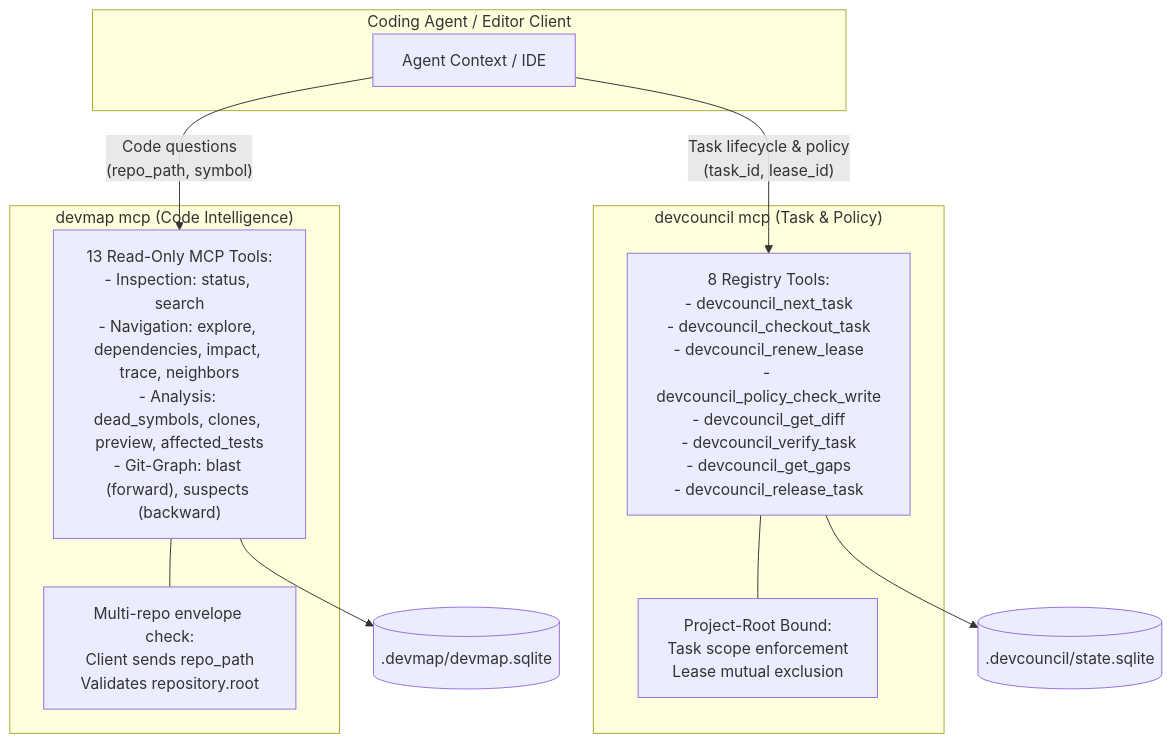
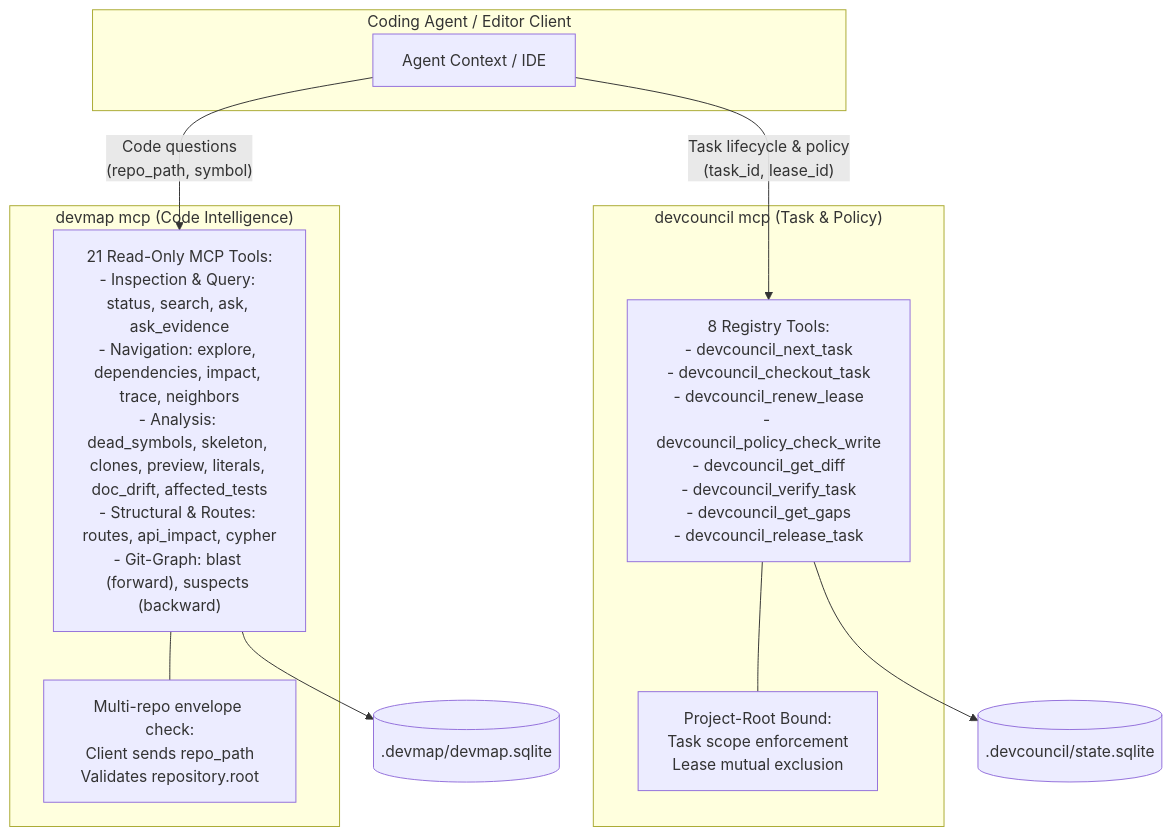
The second of 4 diagrams in docs/architecture.md (bharathvbcr/DevCouncil), drawn with Mermaid before and after one commit. The commit also changed other lines of this file and 9 other files, not shown here.

First line of the commit message:
docs: refresh README, architecture, security and release notes for schema 98

````diff
--- a/docs/architecture.md
+++ b/docs/architecture.md
@@ -88,24 +88,24 @@
 ```mermaid
 flowchart TD
     subgraph ClientLayer["Coding Agent / Editor Client"]
         Agent["Agent Context / IDE"]
     end
 
     subgraph DevMapMCP["devmap mcp (Code Intelligence)"]
-        DM_Tools["13 Read-Only MCP Tools:<br/>- Inspection: status, search<br/>- Navigation: explore, dependencies, impact, trace, neighbors<br/>- Analysis: dead_symbols, clones, preview, affected_tests<br/>- Git-Graph: blast (forward), suspects (backward)"]
+        DM_Tools["21 Read-Only MCP Tools:<br/>- Inspection & Query: status, search, ask, ask_evidence<br/>- Navigation: explore, dependencies, impact, trace, neighbors<br/>- Analysis: dead_symbols, skeleton, clones, preview, literals, doc_drift, affected_tests<br/>- Structural & Routes: routes, api_impact, cypher<br/>- Git-Graph: blast (forward), suspects (backward)"]
         DM_Envelope["Multi-repo envelope check:<br/>Client sends repo_path<br/>Validates repository.root"]
     end
 
     subgraph DevCouncilMCP["devcouncil mcp (Task & Policy)"]
         DC_Tools["8 Registry Tools:<br/>- devcouncil_next_task<br/>- devcouncil_checkout_task<br/>- devcouncil_renew_lease<br/>- devcouncil_policy_check_write<br/>- devcouncil_get_diff<br/>- devcouncil_verify_task<br/>- devcouncil_get_gaps<br/>- devcouncil_release_task"]
         DC_Scope["Project-Root Bound:<br/>Task scope enforcement<br/>Lease mutual exclusion"]
     end
 
     Agent -->|"Code questions<br/>(repo_path, symbol)"| DM_Tools
     DM_Tools --- DM_Envelope
     DM_Tools --> GraphDB[(".devmap/devmap.sqlite")]
 
     Agent -->|"Task lifecycle & policy<br/>(task_id, lease_id)"| DC_Tools
     DC_Tools --- DC_Scope
     DC_Tools --> TaskDB[(".devcouncil/state.sqlite")]
 ```
````
